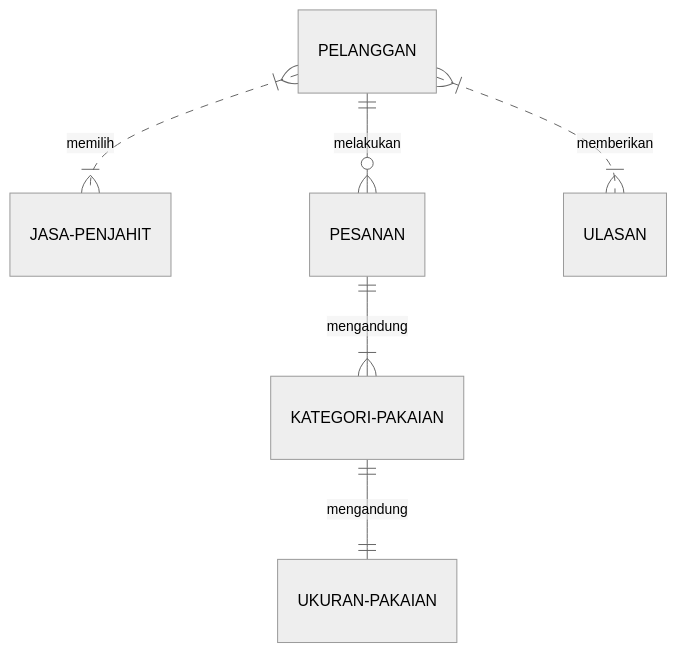
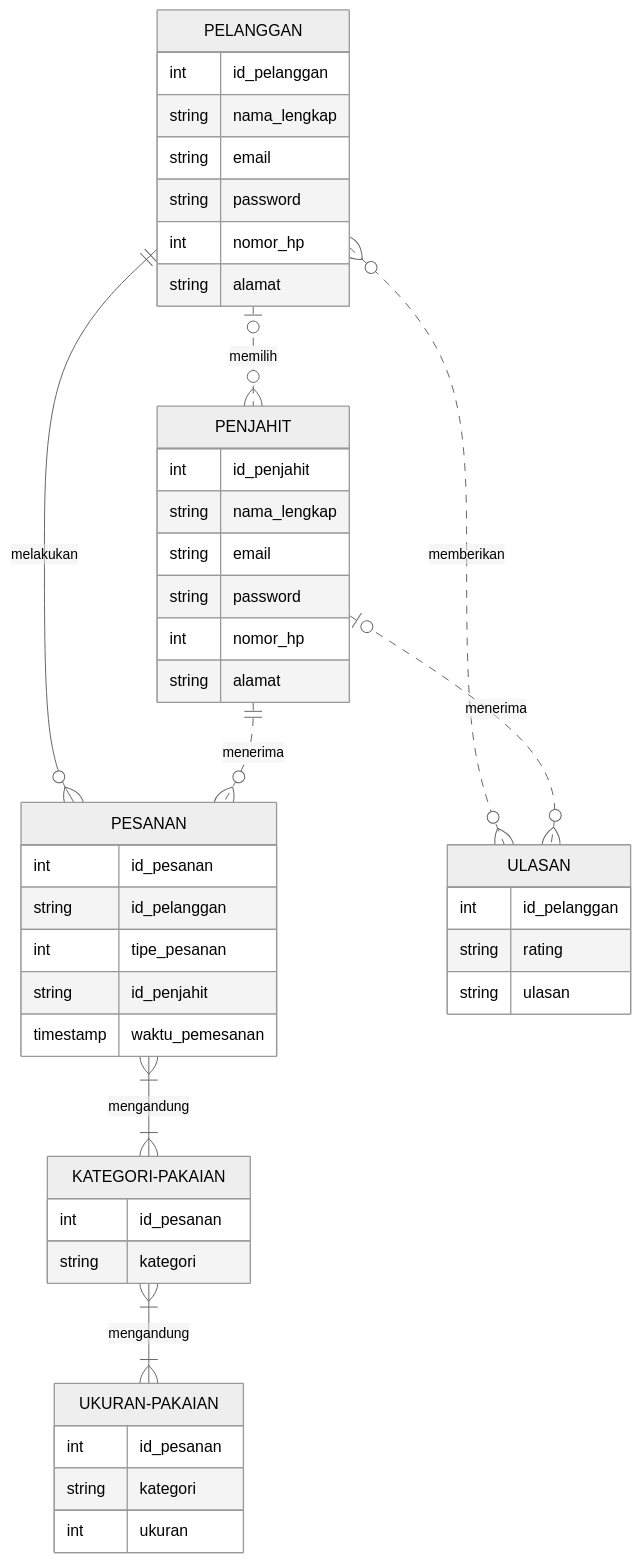
One commit to fauzanashshidiq/pengenalaninformatika-jahitku changed the first of 2 diagrams in uts-job-interview.md. Above: the diagram before and after it, drawn with Mermaid (neutral theme). The commit also changed other lines of this file, not shown here.

````diff
--- a/uts-job-interview.md
+++ b/uts-job-interview.md
@@ -54,8 +61,47 @@
 ```mermaid
 erDiagram
-    PELANGGAN }|..|{ JASA-PENJAHIT : memilih
+    PELANGGAN |o..o{ PENJAHIT : memilih
+    PELANGGAN {
+        int id_pelanggan
+        string nama_lengkap
+        string email
+        string password
+        int nomor_hp
+        string alamat
+    }
+    PENJAHIT {
+        int id_penjahit
+        string nama_lengkap
+        string email
+        string password
+        int nomor_hp
+        string alamat
+    }
     PELANGGAN ||--o{ PESANAN : melakukan
-    PELANGGAN }|..|{ ULASAN : memberikan
-    PESANAN ||--|{ KATEGORI-PAKAIAN : mengandung
-    KATEGORI-PAKAIAN ||--|| UKURAN-PAKAIAN : mengandung
+    PENJAHIT ||..o{ PESANAN : menerima
+    PESANAN {
+        int id_pesanan
+        string id_pelanggan
+        int tipe_pesanan
+        string id_penjahit
+        timestamp waktu_pemesanan
+    }
+    PELANGGAN }o..o{ ULASAN : memberikan
+    PENJAHIT |o..o{ ULASAN : menerima
+    ULASAN {
+        int id_pelanggan
+        string rating
+        string ulasan
+    }
+    PESANAN }|--|{ KATEGORI-PAKAIAN : mengandung
+    KATEGORI-PAKAIAN {
+        int id_pesanan
+        string kategori
+    }
+    KATEGORI-PAKAIAN }|--|{ UKURAN-PAKAIAN : mengandung
+    UKURAN-PAKAIAN {
+        int id_pesanan
+        string kategori
+        int ukuran
+    }
 ```
````
